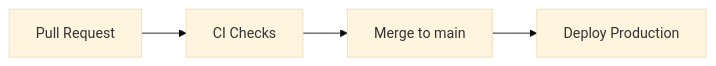
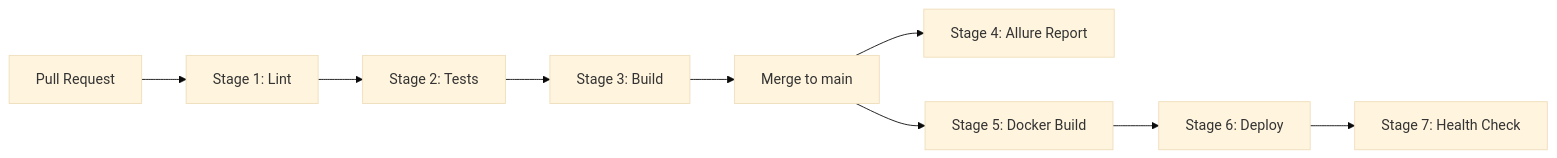
The diagram in docs/operations/ci-cd.md (egorov-ma/aqstream), drawn with Mermaid (base theme) before and after one commit. The commit also changed other lines of this file and 10 other files, not shown here.

````diff
--- a/docs/operations/ci-cd.md
+++ b/docs/operations/ci-cd.md
@@ -7,6 +7,11 @@
 ```mermaid
 flowchart LR
-    PR["Pull Request"] --> CI["CI Checks"]
-    CI --> Main["Merge to main"]
-    Main --> Prod["Deploy Production"]
+    PR["Pull Request"] --> Lint["Stage 1: Lint"]
+    Lint --> Test["Stage 2: Tests"]
+    Test --> Build["Stage 3: Build"]
+    Build --> Main["Merge to main"]
+    Main --> Allure["Stage 4: Allure Report"]
+    Main --> Docker["Stage 5: Docker Build"]
+    Docker --> Deploy["Stage 6: Deploy"]
+    Deploy --> Health["Stage 7: Health Check"]
 ```
````
